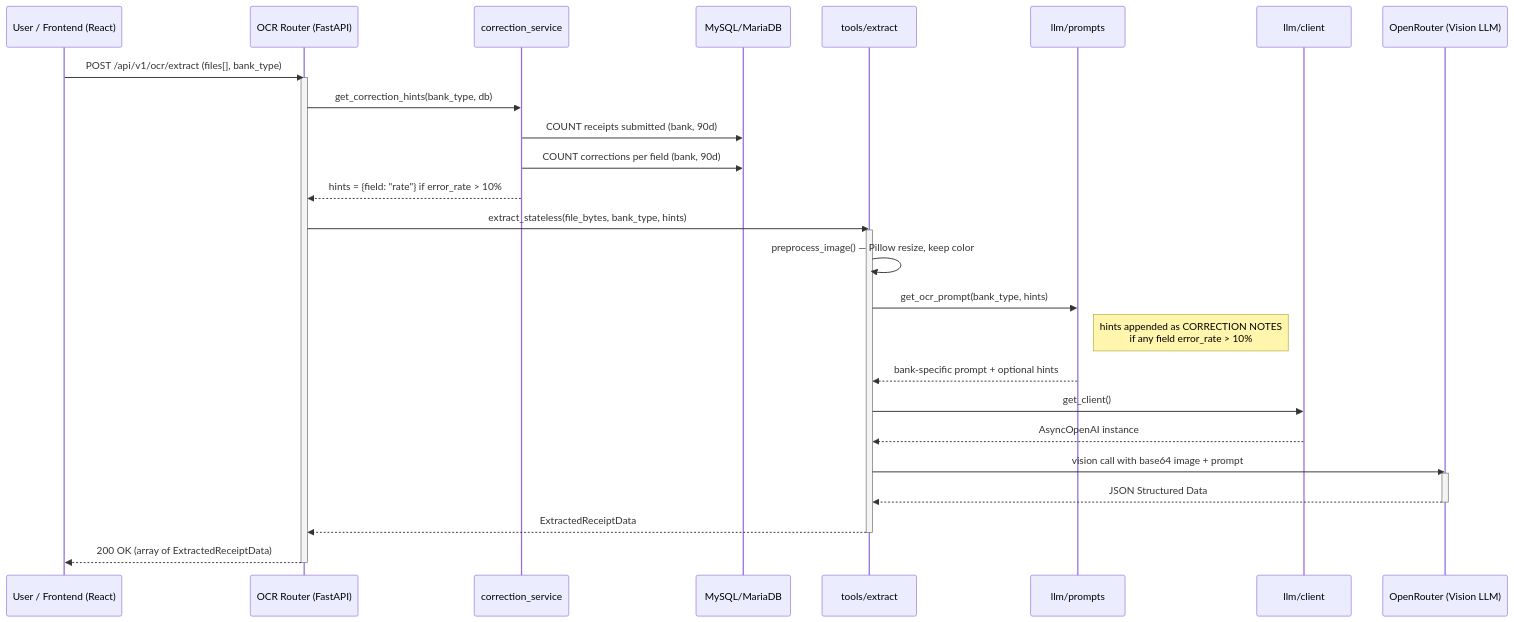
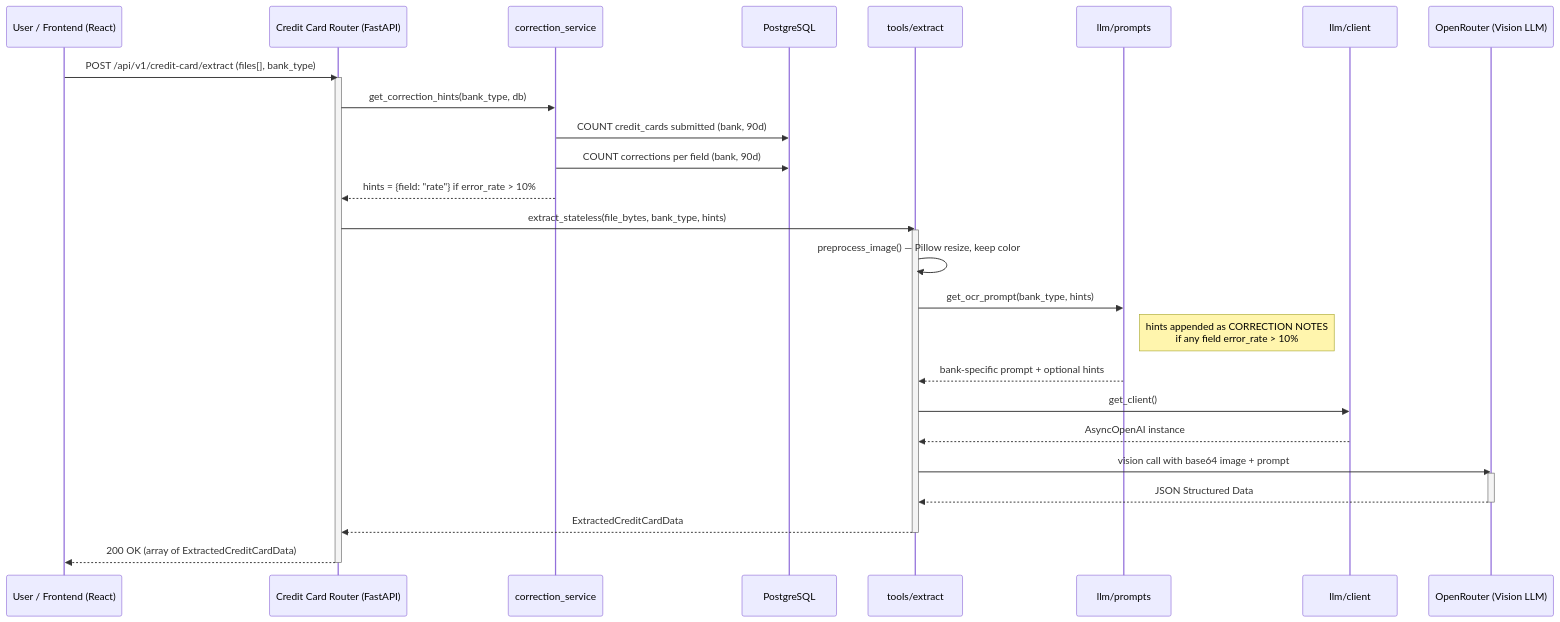
The third of 8 diagrams in docs/Software_Requirements_Specification.md (developer-carmensoftware/OCR), drawn with Mermaid before and after one commit. The commit also changed other lines of this file and 27 other files, not shown here.

````diff
--- a/docs/Software_Requirements_Specification.md
+++ b/docs/Software_Requirements_Specification.md
@@ -158,36 +158,36 @@
 ```mermaid
 sequenceDiagram
     participant User as User / Frontend (React)
-    participant Router as OCR Router (FastAPI)
+    participant Router as Credit Card Router (FastAPI)
     participant CorrSvc as correction_service
-    participant DB as MySQL/MariaDB
+    participant DB as PostgreSQL
     participant Tool as tools/extract
     participant Prompts as llm/prompts
     participant Client as llm/client
     participant LLM as OpenRouter (Vision LLM)
 
-    User->>Router: POST /api/v1/ocr/extract (files[], bank_type)
+    User->>Router: POST /api/v1/credit-card/extract (files[], bank_type)
     activate Router
 
     Router->>CorrSvc: get_correction_hints(bank_type, db)
-    CorrSvc->>DB: COUNT receipts submitted (bank, 90d)
+    CorrSvc->>DB: COUNT credit_cards submitted (bank, 90d)
     CorrSvc->>DB: COUNT corrections per field (bank, 90d)
     CorrSvc-->>Router: hints = {field: "rate"} if error_rate > 10%
 
     Router->>Tool: extract_stateless(file_bytes, bank_type, hints)
     activate Tool
     Tool->>Tool: preprocess_image() — Pillow resize, keep color
     Tool->>Prompts: get_ocr_prompt(bank_type, hints)
     Note right of Prompts: hints appended as CORRECTION NOTES<br/>if any field error_rate > 10%
     Prompts-->>Tool: bank-specific prompt + optional hints
     Tool->>Client: get_client()
     Client-->>Tool: AsyncOpenAI instance
     Tool->>LLM: vision call with base64 image + prompt
     activate LLM
     LLM-->>Tool: JSON Structured Data
     deactivate LLM
-    Tool-->>Router: ExtractedReceiptData
+    Tool-->>Router: ExtractedCreditCardData
     deactivate Tool
-    Router-->>User: 200 OK (array of ExtractedReceiptData)
+    Router-->>User: 200 OK (array of ExtractedCreditCardData)
     deactivate Router
 ```
````
